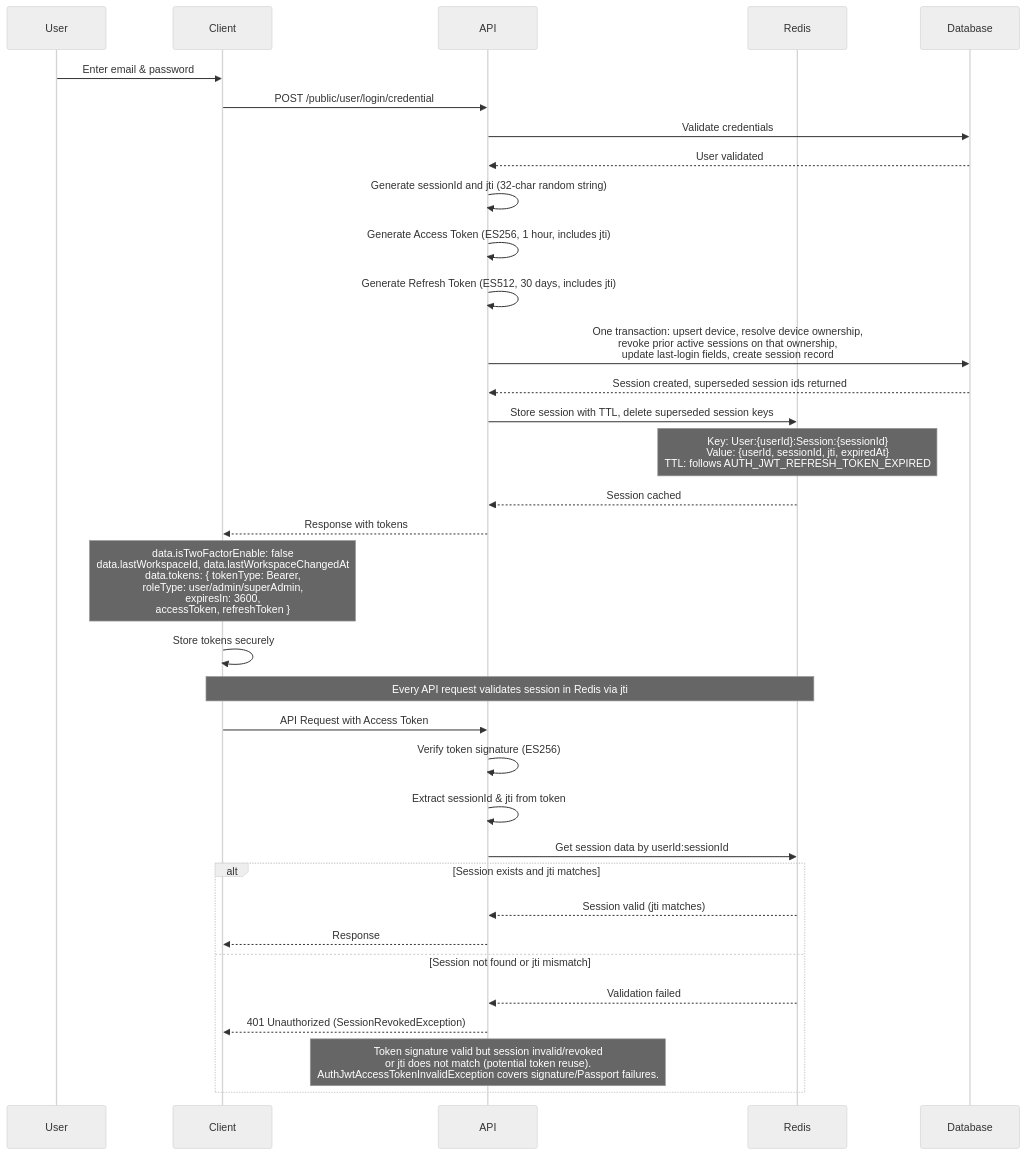
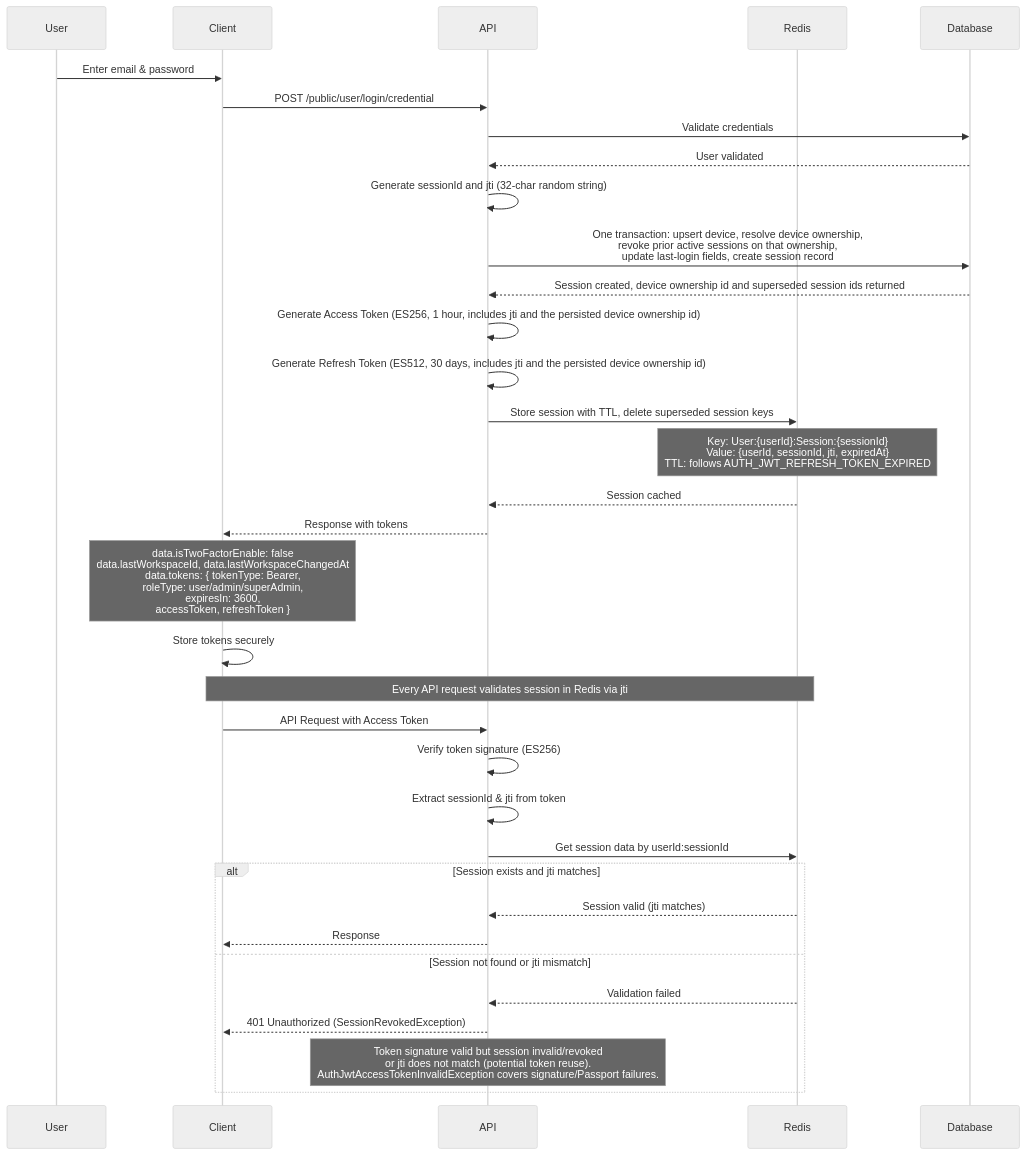
Before and after one commit to andrechristikan/ack-nestjs-boilerplate: the second of 10 diagrams in docs/authentication.md, drawn with Mermaid (neutral theme). The commit also changed other lines of this file and 35 other files, not shown here.

````diff
--- a/docs/authentication.md
+++ b/docs/authentication.md
@@ -236,45 +263,46 @@
 ```mermaid
 sequenceDiagram
     participant User
     participant Client
     participant API
     participant Redis
     participant Database
 
     User->>Client: Enter email & password
     Client->>API: POST /public/user/login/credential
     API->>Database: Validate credentials
     Database-->>API: User validated
     
     API->>API: Generate sessionId and jti (32-char random string)
-    API->>API: Generate Access Token (ES256, 1 hour, includes jti)
-    API->>API: Generate Refresh Token (ES512, 30 days, includes jti)
     
     API->>Database: One transaction: upsert device, resolve device ownership,<br/>revoke prior active sessions on that ownership,<br/>update last-login fields, create session record
-    Database-->>API: Session created, superseded session ids returned
+    Database-->>API: Session created, device ownership id and superseded session ids returned
+    
+    API->>API: Generate Access Token (ES256, 1 hour, includes jti and the persisted device ownership id)
+    API->>API: Generate Refresh Token (ES512, 30 days, includes jti and the persisted device ownership id)
     
     API->>Redis: Store session with TTL, delete superseded session keys
     Note over Redis: Key: User:{userId}:Session:{sessionId}<br/>Value: {userId, sessionId, jti, expiredAt}<br/>TTL: follows AUTH_JWT_REFRESH_TOKEN_EXPIRED
     Redis-->>API: Session cached
     
     API-->>Client: Response with tokens
     Note over Client: data.isTwoFactorEnable: false<br/>data.lastWorkspaceId, data.lastWorkspaceChangedAt<br/>data.tokens: { tokenType: Bearer,<br/>roleType: user/admin/superAdmin,<br/>expiresIn: 3600,<br/>accessToken, refreshToken }
     
     Client->>Client: Store tokens securely
     
     Note over Client,Redis: Every API request validates session in Redis via jti
     
     Client->>API: API Request with Access Token
     API->>API: Verify token signature (ES256)
     API->>API: Extract sessionId & jti from token
     API->>Redis: Get session data by userId:sessionId
     
     alt Session exists and jti matches
         Redis-->>API: Session valid (jti matches)
         API-->>Client: Response
     else Session not found or jti mismatch
         Redis-->>API: Validation failed
         API-->>Client: 401 Unauthorized (SessionRevokedException)
         Note over API: Token signature valid but session invalid/revoked<br/>or jti does not match (potential token reuse).<br/>AuthJwtAccessTokenInvalidException covers signature/Passport failures.
     end
 ```
````
